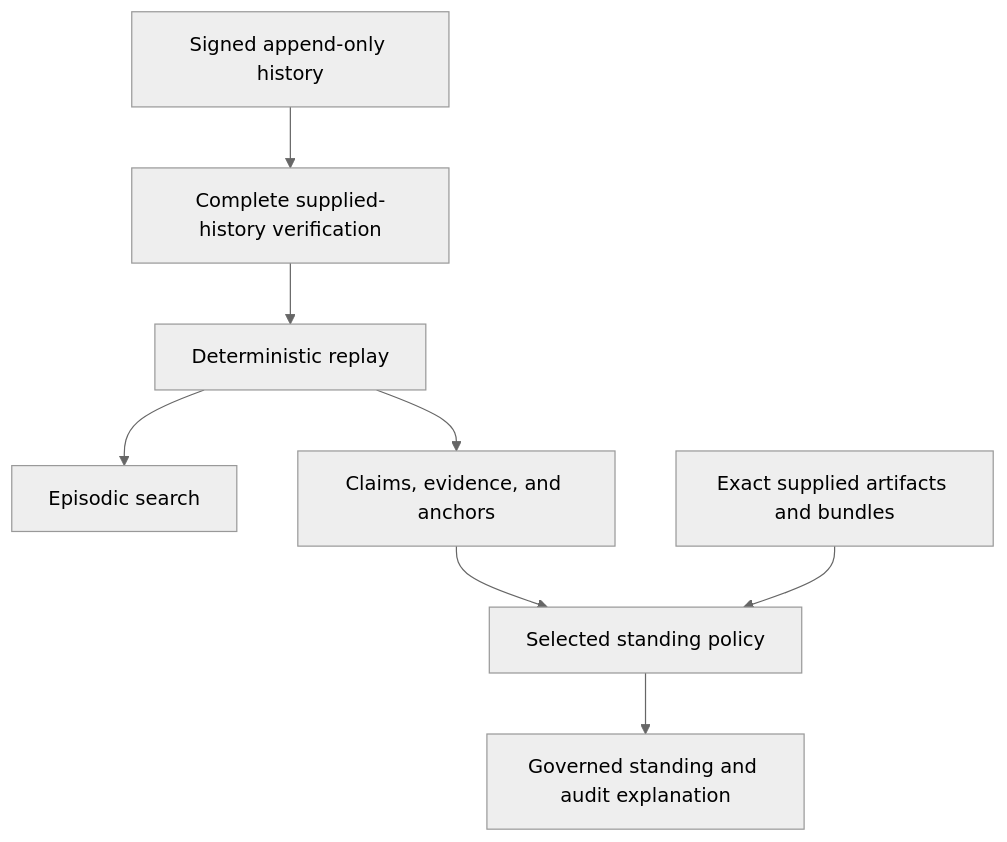
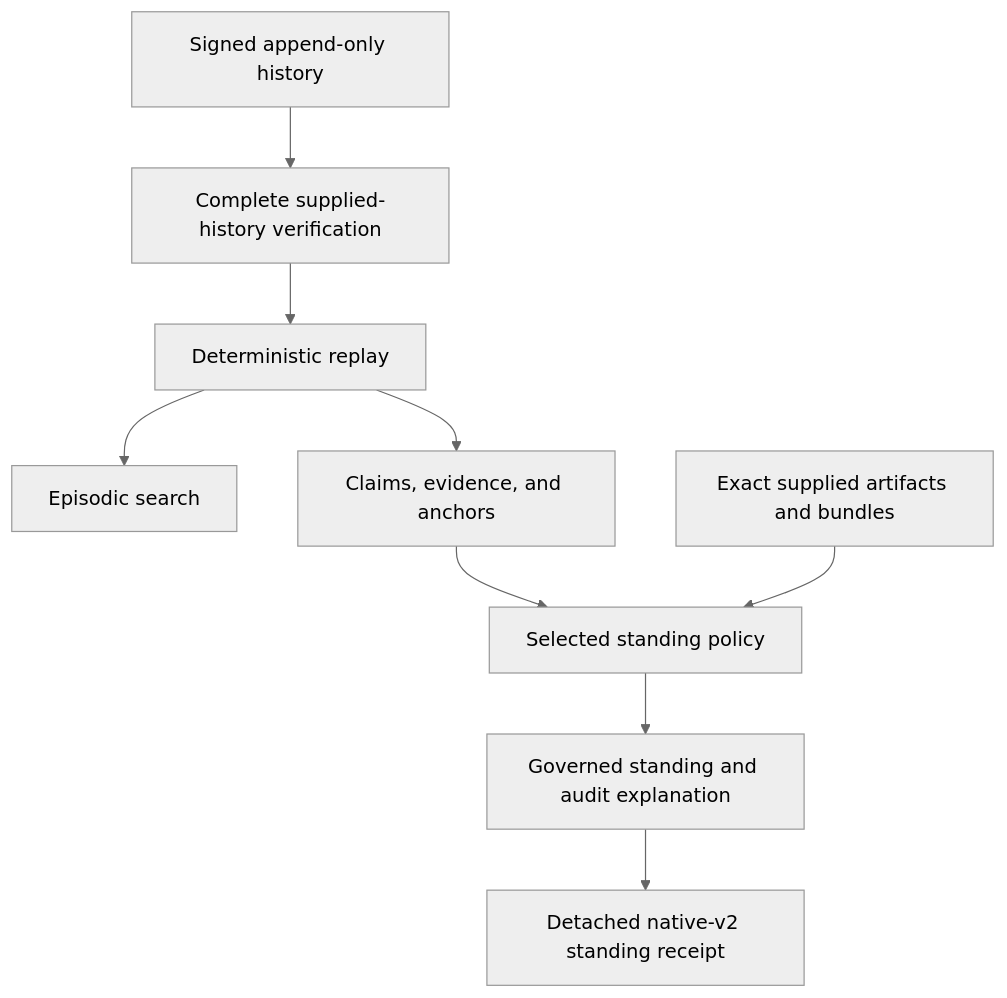
Before and after one commit to noctem-o/magpie: the diagram in README.md, drawn with Mermaid (neutral theme). The commit also changed other lines of this file, not shown here.

Commit message:
docs: document detached standing receipt boundary

````diff
--- a/README.md
+++ b/README.md
@@ -134,10 +157,11 @@
 ```mermaid
 flowchart TB
     H["Signed append-only history"] --> V["Complete supplied-history verification"]
     V --> R["Deterministic replay"]
     R --> E["Episodic search"]
     R --> C["Claims, evidence, and anchors"]
     C --> S["Selected standing policy"]
     I["Exact supplied artifacts and bundles"] --> S
     S --> G["Governed standing and audit explanation"]
+    G --> D["Detached native-v2 standing receipt"]
 ```
````
